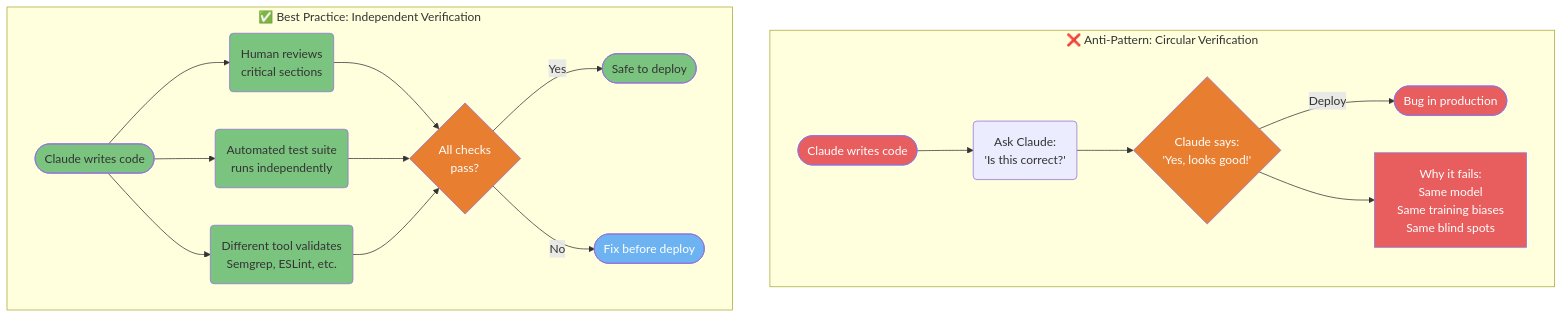
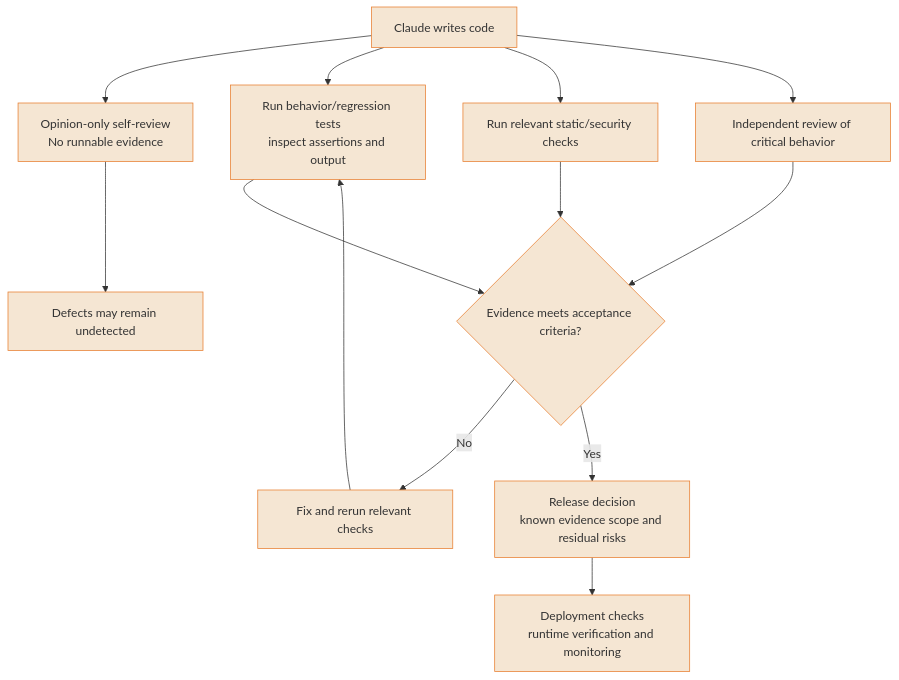
One commit to FlorianBruniaux/claude-code-ultimate-guide changed the third of 4 diagrams in guide/diagrams/08-security-and-production.md. Above: the diagram before and after it, drawn with Mermaid. The commit also changed other lines of this file and 17 other files, not shown here.

Commit message:
docs: refresh all diagrams and correct their source guidance

````diff
--- a/guide/diagrams/08-security-and-production.md
+++ b/guide/diagrams/08-security-and-production.md
@@ -174,42 +142,26 @@
 ```mermaid
 flowchart TD
-    subgraph BAD["❌ Anti-Pattern: Circular Verification"]
-        BA([Claude writes code]) --> BB(Ask Claude:<br/>'Is this correct?')
-        BB --> BC{Claude says:<br/>'Yes, looks good!'}
-        BC -->|Deploy| BD([Bug in production])
-        BC --> BE["Why it fails:<br/>Same model<br/>Same training biases<br/>Same blind spots"]
-        style BA fill:#E85D5D,color:#fff
-        style BD fill:#E85D5D,color:#fff
-        style BE fill:#E85D5D,color:#fff
-        style BC fill:#E87E2F,color:#fff
-    end
-
-    subgraph GOOD["✅ Best Practice: Independent Verification"]
-        GA([Claude writes code]) --> GB(Human reviews<br/>critical sections)
-        GA --> GC(Automated test suite<br/>runs independently)
-        GA --> GD(Different tool validates<br/>Semgrep, ESLint, etc.)
-        GB & GC & GD --> GE{All checks<br/>pass?}
-        GE -->|Yes| GF([Safe to deploy])
-        GE -->|No| GG([Fix before deploy])
-        style GA fill:#7BC47F,color:#333
-        style GB fill:#7BC47F,color:#333
-        style GC fill:#7BC47F,color:#333
-        style GD fill:#7BC47F,color:#333
-        style GF fill:#7BC47F,color:#333
-        style GE fill:#E87E2F,color:#fff
-        style GG fill:#6DB3F2,color:#fff
-    end
-
-    click BA href "https://github.com/FlorianBruniaux/claude-code-ultimate-guide/blob/main/guide/security/production-safety.md" "Claude writes code (anti-pattern)"
-    click BB href "https://github.com/FlorianBruniaux/claude-code-ultimate-guide/blob/main/guide/security/production-safety.md" "Ask Claude to verify"
-    click BC href "https://github.com/FlorianBruniaux/claude-code-ultimate-guide/blob/main/guide/security/production-safety.md" "Claude says looks good"
-    click BD href "https://github.com/FlorianBruniaux/claude-code-ultimate-guide/blob/main/guide/security/production-safety.md" "Bug in production"
-    click BE href "https://github.com/FlorianBruniaux/claude-code-ultimate-guide/blob/main/guide/security/production-safety.md" "Why it fails"
-    click GA href "https://github.com/FlorianBruniaux/claude-code-ultimate-guide/blob/main/guide/security/production-safety.md" "Claude writes code (best practice)"
-    click GB href "https://github.com/FlorianBruniaux/claude-code-ultimate-guide/blob/main/guide/security/production-safety.md" "Human reviews critical sections"
-    click GC href "https://github.com/FlorianBruniaux/claude-code-ultimate-guide/blob/main/guide/security/production-safety.md" "Automated test suite"
-    click GD href "https://github.com/FlorianBruniaux/claude-code-ultimate-guide/blob/main/guide/security/production-safety.md" "Different tool validates"
-    click GE href "https://github.com/FlorianBruniaux/claude-code-ultimate-guide/blob/main/guide/security/production-safety.md" "All checks pass?"
-    click GF href "https://github.com/FlorianBruniaux/claude-code-ultimate-guide/blob/main/guide/security/production-safety.md" "Safe to deploy"
-    click GG href "https://github.com/FlorianBruniaux/claude-code-ultimate-guide/blob/main/guide/security/production-safety.md" "Fix before deploy"
+    CODE["Claude writes code"] --> OPINION["Opinion-only self-review<br/>No runnable evidence"]
+    OPINION --> RISK["Defects may remain undetected"]
+    CODE --> TEST["Run behavior/regression tests<br/>inspect assertions and output"]
+    CODE --> STATIC["Run relevant static/security checks"]
+    CODE --> HUMAN["Independent review of critical behavior"]
+    TEST --> GATE{"Evidence meets acceptance criteria?"}
+    STATIC --> GATE
+    HUMAN --> GATE
+    GATE -->|No| FIX["Fix and rerun relevant checks"]
+    FIX --> TEST
+    GATE -->|Yes| RELEASE["Release decision<br/>known evidence scope and residual risks"]
+    RELEASE --> RUNTIME["Deployment checks<br/>runtime verification and monitoring"]
+    classDef default fill:#F5E6D3,color:#333,stroke:#E87E2F
+    click CODE href "https://github.com/FlorianBruniaux/claude-code-ultimate-guide/blob/main/guide/security/production-safety.md" "View this pattern in the guide"
+    click OPINION href "https://github.com/FlorianBruniaux/claude-code-ultimate-guide/blob/main/guide/security/production-safety.md" "View this pattern in the guide"
+    click RISK href "https://github.com/FlorianBruniaux/claude-code-ultimate-guide/blob/main/guide/security/production-safety.md" "View this pattern in the guide"
+    click TEST href "https://github.com/FlorianBruniaux/claude-code-ultimate-guide/blob/main/guide/security/production-safety.md" "View this pattern in the guide"
+    click STATIC href "https://github.com/FlorianBruniaux/claude-code-ultimate-guide/blob/main/guide/security/production-safety.md" "View this pattern in the guide"
+    click HUMAN href "https://github.com/FlorianBruniaux/claude-code-ultimate-guide/blob/main/guide/security/production-safety.md" "View this pattern in the guide"
+    click GATE href "https://github.com/FlorianBruniaux/claude-code-ultimate-guide/blob/main/guide/security/production-safety.md" "View this pattern in the guide"
+    click FIX href "https://github.com/FlorianBruniaux/claude-code-ultimate-guide/blob/main/guide/security/production-safety.md" "View this pattern in the guide"
+    click RELEASE href "https://github.com/FlorianBruniaux/claude-code-ultimate-guide/blob/main/guide/security/production-safety.md" "View this pattern in the guide"
+    click RUNTIME href "https://github.com/FlorianBruniaux/claude-code-ultimate-guide/blob/main/guide/security/production-safety.md" "View this pattern in the guide"
 ```
````
